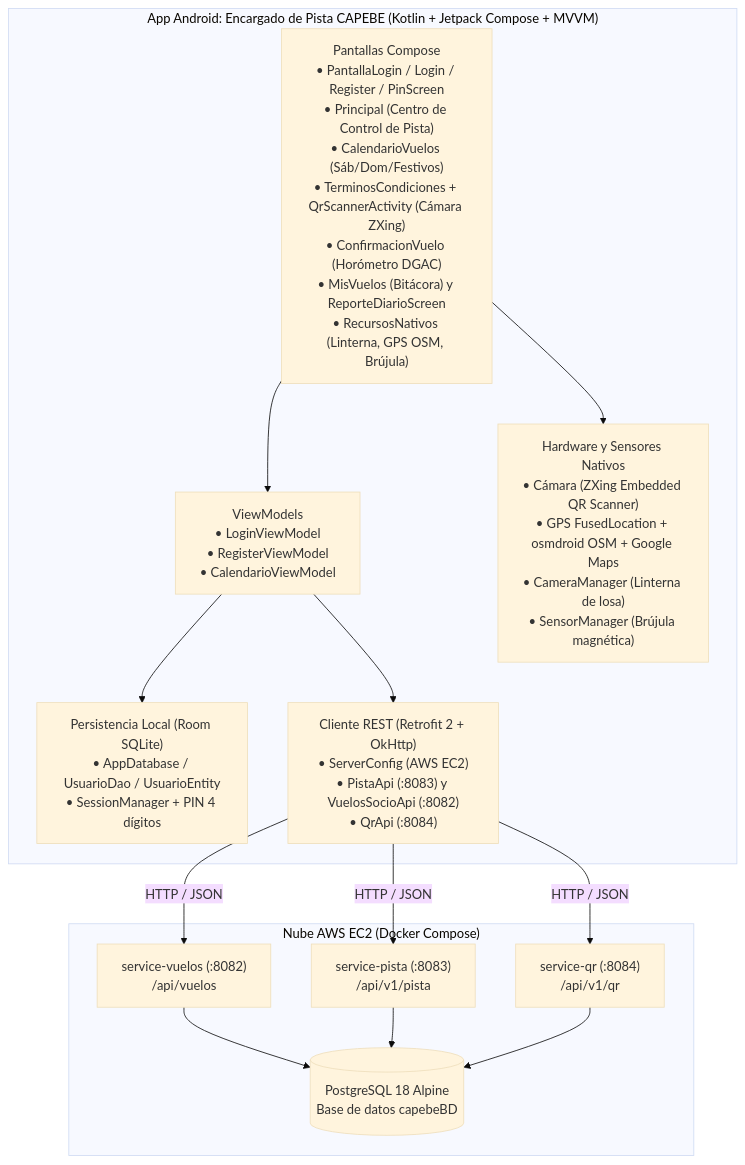
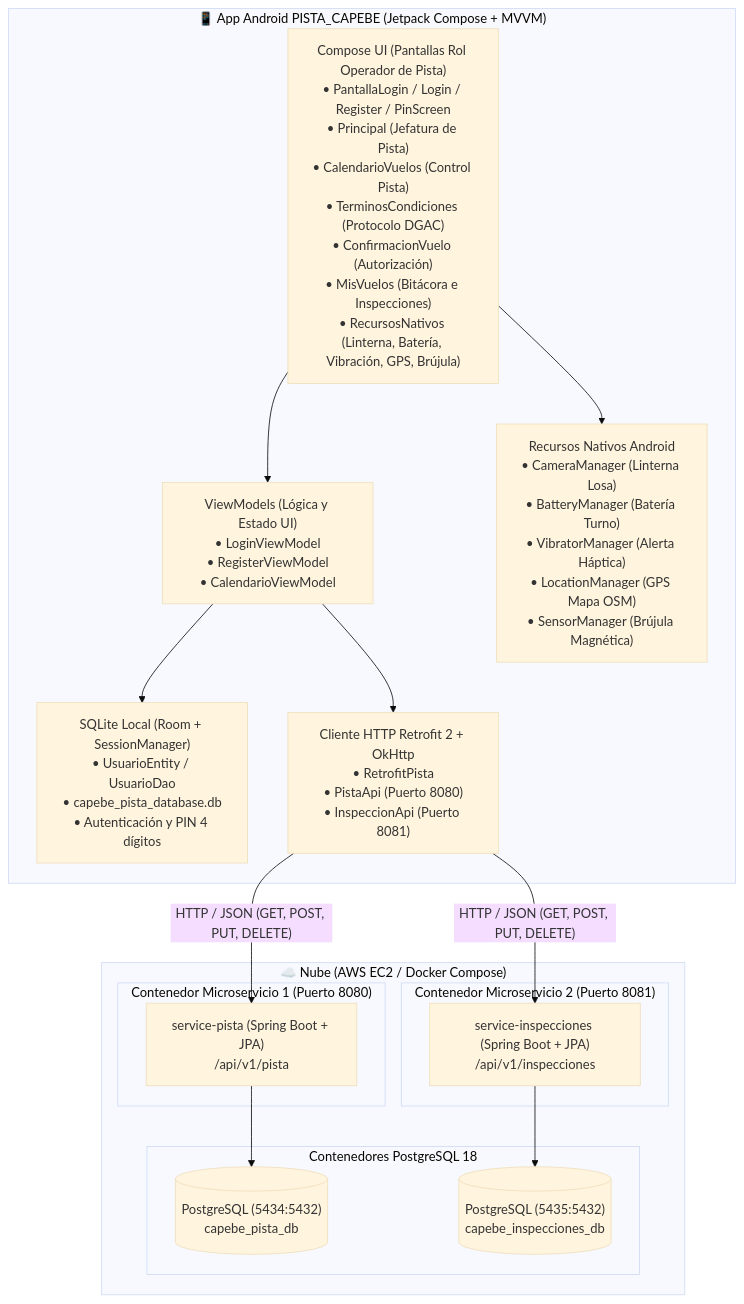
One commit to sysrmz777/CAPEBE_Pista changed the first of 2 diagrams in documents/ARQUITECTURA_CAPEBE_PISTA.md. Above: the diagram before and after it, drawn with Mermaid (base theme). The commit also changed other lines of this file and 3 other files, not shown here.

````diff
--- a/documents/ARQUITECTURA_CAPEBE_PISTA.md
+++ b/documents/ARQUITECTURA_CAPEBE_PISTA.md
@@ -9,30 +9,34 @@
 ```mermaid
 flowchart TD
-    subgraph Android["App Android: Encargado de Pista CAPEBE (Kotlin + Jetpack Compose + MVVM)"]
-        UI["Pantallas Compose\n• PantallaLogin / Login / Register / PinScreen\n• Principal (Centro de Control de Pista)\n• CalendarioVuelos (Sáb/Dom/Festivos)\n• TerminosCondiciones + QrScannerActivity (Cámara ZXing)\n• ConfirmacionVuelo (Horómetro DGAC)\n• MisVuelos (Bitácora) y ReporteDiarioScreen\n• RecursosNativos (Linterna, GPS OSM, Brújula)"]
-        VM["ViewModels\n• LoginViewModel\n• RegisterViewModel\n• CalendarioViewModel"]
-        ROOM["Persistencia Local (Room SQLite)\n• AppDatabase / UsuarioDao / UsuarioEntity\n• SessionManager + PIN 4 dígitos"]
-        RETRO["Cliente REST (Retrofit 2 + OkHttp)\n• ServerConfig (AWS EC2)\n• PistaApi (:8083) y VuelosSocioApi (:8082)\n• QrApi (:8084)"]
-        NATIVOS["Hardware y Sensores Nativos\n• Cámara (ZXing Embedded QR Scanner)\n• GPS FusedLocation + osmdroid OSM + Google Maps\n• CameraManager (Linterna de losa)\n• SensorManager (Brújula magnética)"]
+    subgraph Android["📱 App Android PISTA_CAPEBE (Jetpack Compose + MVVM)"]
+        UI["Compose UI (Pantallas Rol Operador de Pista)\n• PantallaLogin / Login / Register / PinScreen\n• Principal (Jefatura de Pista)\n• CalendarioVuelos (Control Pista)\n• TerminosCondiciones (Protocolo DGAC)\n• ConfirmacionVuelo (Autorización)\n• MisVuelos (Bitácora e Inspecciones)\n• RecursosNativos (Linterna, Batería, Vibración, GPS, Brújula)"]
+        VM["ViewModels (Lógica y Estado UI)\n• LoginViewModel\n• RegisterViewModel\n• CalendarioViewModel"]
+        ROOM["SQLite Local (Room + SessionManager)\n• UsuarioEntity / UsuarioDao\n• capebe_pista_database.db\n• Autenticación y PIN 4 dígitos"]
+        RETRO["Cliente HTTP Retrofit 2 + OkHttp\n• RetrofitPista\n• PistaApi (Puerto 8080)\n• InspeccionApi (Puerto 8081)"]
+        NATIVOS["Recursos Nativos Android\n• CameraManager (Linterna Losa)\n• BatteryManager (Batería Turno)\n• VibratorManager (Alerta Háptica)\n• LocationManager (GPS Mapa OSM)\n• SensorManager (Brújula Magnética)"]
 
         UI --> VM
         UI --> NATIVOS
         VM --> ROOM
         VM --> RETRO
     end
 
-    subgraph Cloud["Nube AWS EC2 (Docker Compose)"]
-        MSV["service-vuelos (:8082)\n/api/vuelos"]
-        MSP["service-pista (:8083)\n/api/v1/pista"]
-        MSQ["service-qr (:8084)\n/api/v1/qr"]
-        PG[("PostgreSQL 18 Alpine\nBase de datos capebeBD")]
+    subgraph Cloud["☁️ Nube (AWS EC2 / Docker Compose)"]
+        subgraph Docker1["Contenedor Microservicio 1 (Puerto 8080)"]
+            MS1["service-pista (Spring Boot + JPA)\n/api/v1/pista"]
+        end
+        subgraph Docker2["Contenedor Microservicio 2 (Puerto 8081)"]
+            MS2["service-inspecciones (Spring Boot + JPA)\n/api/v1/inspecciones"]
+        end
+        subgraph DBs["Contenedores PostgreSQL 18"]
+            PG1[("PostgreSQL (5434:5432)\ncapebe_pista_db")]
+            PG2[("PostgreSQL (5435:5432)\ncapebe_inspecciones_db")]
+        end
 
-        MSV --> PG
-        MSP --> PG
-        MSQ --> PG
+        MS1 --> PG1
+        MS2 --> PG2
     end
 
-    RETRO -- "HTTP / JSON" --> MSV
-    RETRO -- "HTTP / JSON" --> MSP
-    RETRO -- "HTTP / JSON" --> MSQ
+    RETRO -- "HTTP / JSON (GET, POST, PUT, DELETE)" --> MS1
+    RETRO -- "HTTP / JSON (GET, POST, PUT, DELETE)" --> MS2
 ```
````
